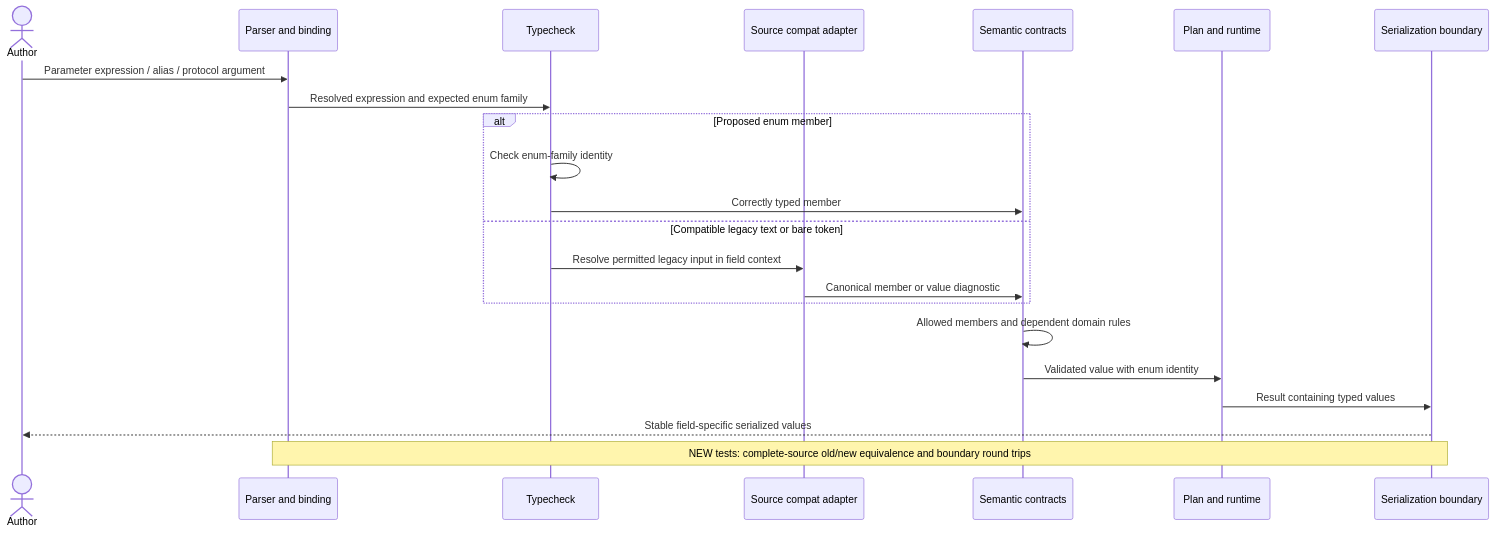
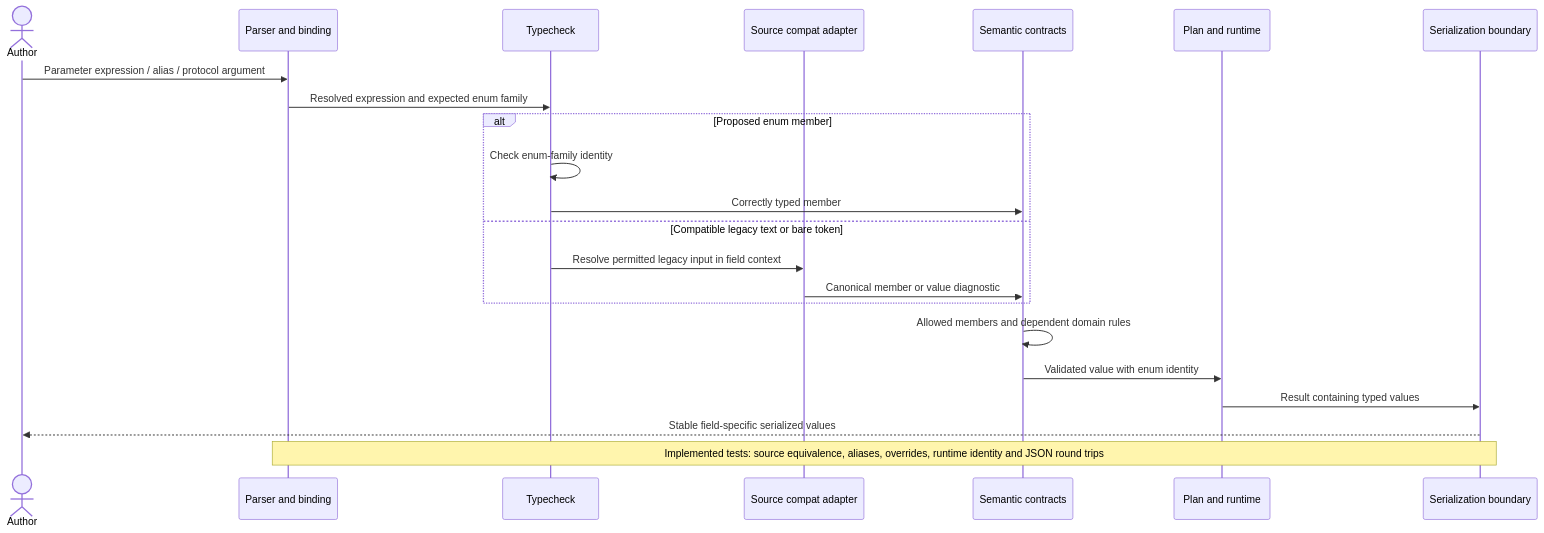
One commit to culsma/culsma changed the ninth of 9 diagrams in docs/architecture/pipeline/validate_module_diagrams.md. Above: the diagram before and after it, drawn with Mermaid. The commit also changed other lines of this file and 37 other files, not shown here.

````diff
--- a/docs/architecture/pipeline/validate_module_diagrams.md
+++ b/docs/architecture/pipeline/validate_module_diagrams.md
@@ -379,24 +496,24 @@
 ```mermaid
 sequenceDiagram
     actor Author
     participant Frontend as Parser and binding
     participant Types as Typecheck
     participant Compat as Source compat adapter
     participant Semantic as Semantic contracts
     participant Exec as Plan and runtime
     participant Codec as Serialization boundary
     Author->>Frontend: Parameter expression / alias / protocol argument
     Frontend->>Types: Resolved expression and expected enum family
     alt Proposed enum member
         Types->>Types: Check enum-family identity
         Types->>Semantic: Correctly typed member
     else Compatible legacy text or bare token
         Types->>Compat: Resolve permitted legacy input in field context
         Compat->>Semantic: Canonical member or value diagnostic
     end
     Semantic->>Semantic: Allowed members and dependent domain rules
     Semantic->>Exec: Validated value with enum identity
     Exec->>Codec: Result containing typed values
     Codec-->>Author: Stable field-specific serialized values
-    Note over Frontend,Codec: NEW tests: complete-source old/new equivalence and boundary round trips
+    Note over Frontend,Codec: Implemented tests: source equivalence, aliases, overrides, runtime identity and JSON round trips
 ```
````
